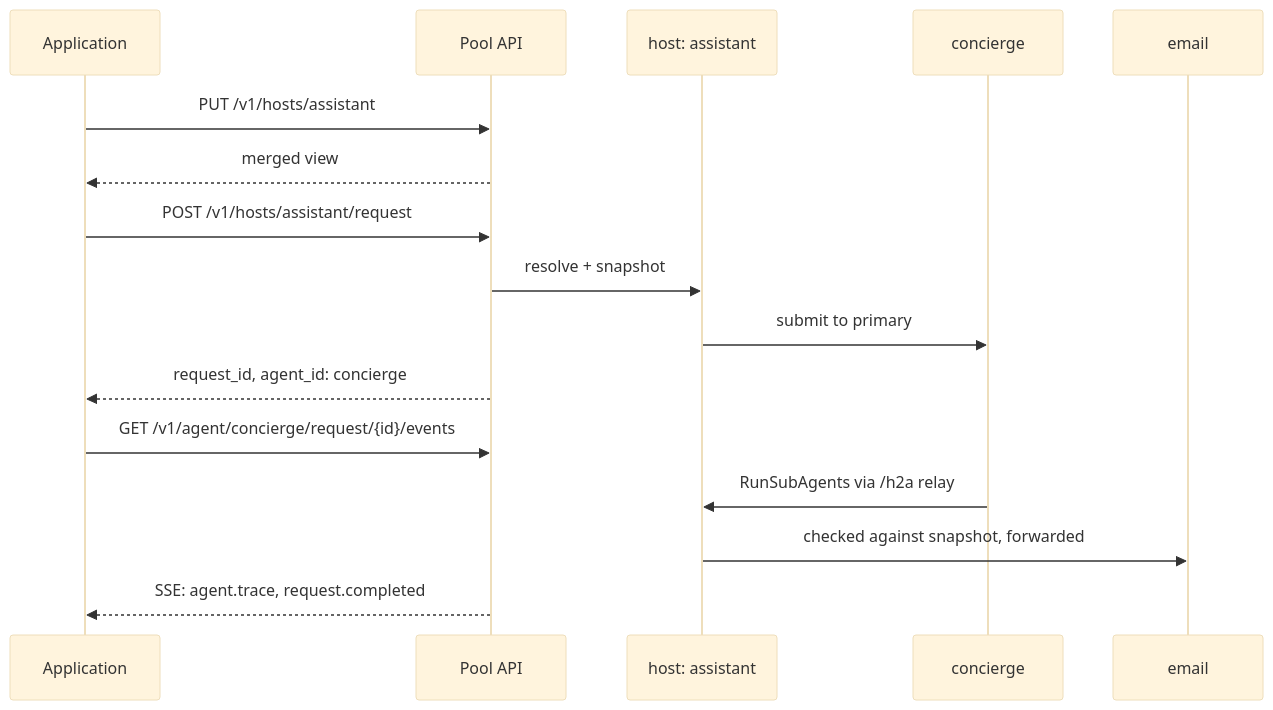
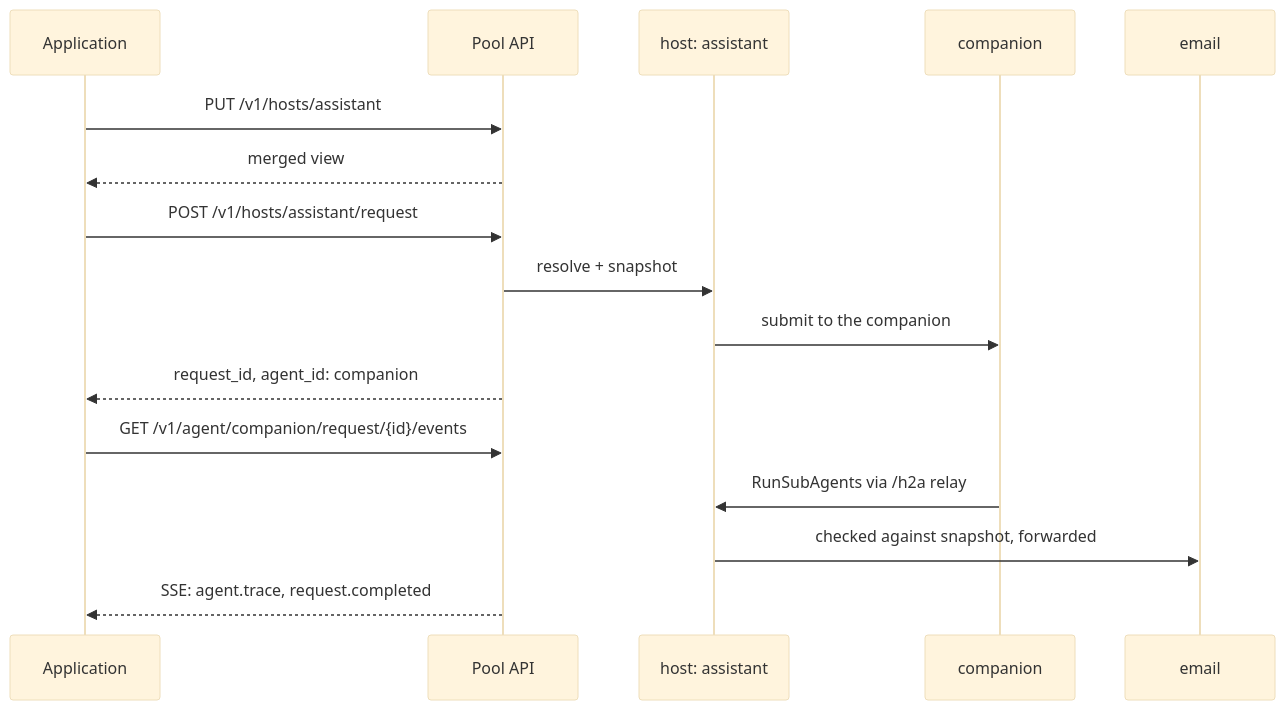
Before and after one commit to imsid/mashpy: the diagram in docs/posts/building-dynamic-hosts-apis.md, drawn with Mermaid (base theme). The commit also changed other lines of this file and 119 other files, not shown here.

````diff
--- a/docs/posts/building-dynamic-hosts-apis.md
+++ b/docs/posts/building-dynamic-hosts-apis.md
@@ -188,19 +192,19 @@
 ```mermaid
 sequenceDiagram
     participant App as Application
     participant API as Pool API
     participant H as host: assistant
-    participant C as concierge
+    participant C as companion
     participant E as email
 
     App->>API: PUT /v1/hosts/assistant
     API-->>App: merged view
     App->>API: POST /v1/hosts/assistant/request
     API->>H: resolve + snapshot
-    H->>C: submit to primary
-    API-->>App: request_id, agent_id: concierge
-    App->>API: GET /v1/agent/concierge/request/{id}/events
+    H->>C: submit to the companion
+    API-->>App: request_id, agent_id: companion
+    App->>API: GET /v1/agent/companion/request/{id}/events
     C->>H: RunSubAgents via /h2a relay
     H->>E: checked against snapshot, forwarded
     API-->>App: SSE: agent.trace, request.completed
 ```
````
